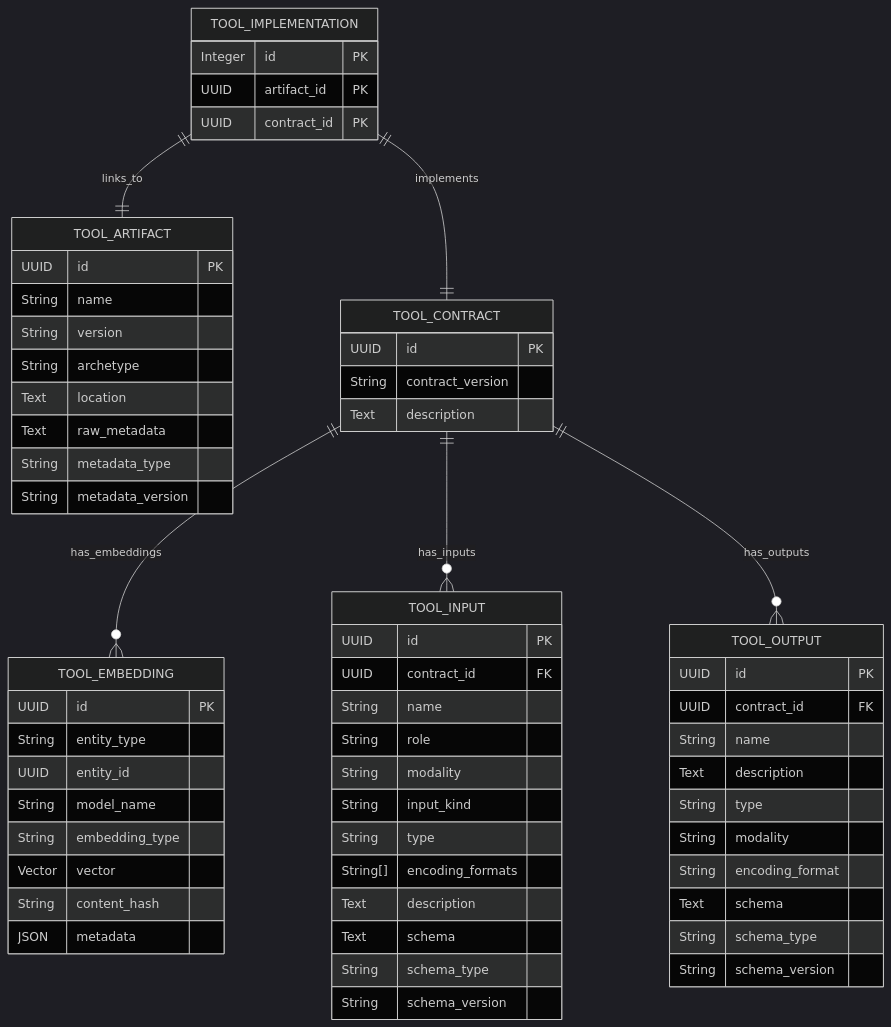
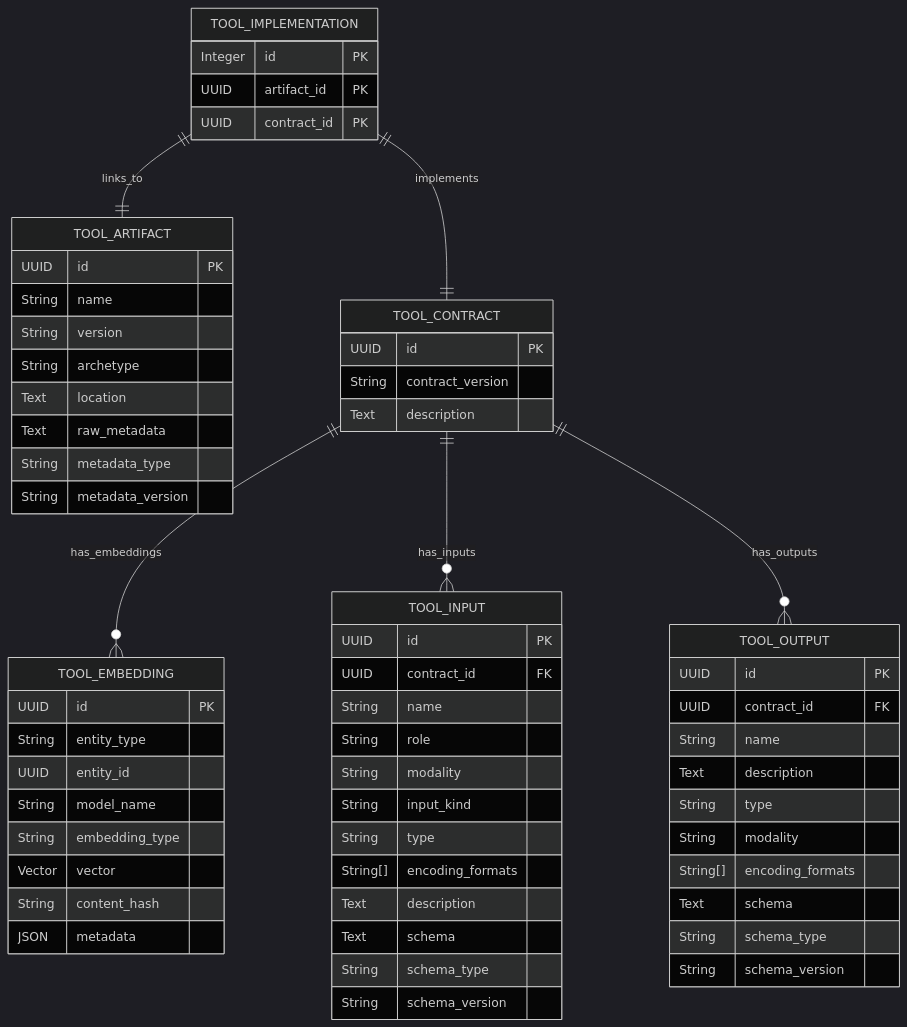
Before and after one commit to EOSC-Data-Commons/toolmeta-models: the diagram in README.md, drawn with Mermaid (dark theme).

Commit message:
Update ER diagram

````diff
--- a/README.md
+++ b/README.md
@@ -6,75 +6,75 @@
 ```mermaid
 erDiagram
     %% Root table
     TOOL_IMPLEMENTATION {
         Integer id PK
         UUID artifact_id PK
         UUID contract_id PK
     }
     
     %% Artefact table
    TOOL_ARTIFACT {
         UUID id PK
         String name
         String version
         String archetype
         Text location
         Text raw_metadata
         String metadata_type
         String metadata_version
     }
     
     %% Tool contract table
     TOOL_CONTRACT {
         UUID id PK
         String contract_version
         Text description
     }
 
     TOOL_EMBEDDING {
         UUID id PK
         String entity_type
         UUID entity_id 
         String model_name
         String embedding_type
         Vector vector
         String content_hash
         JSON metadata
     }
     
     %% Inputs and outputs
     TOOL_INPUT {
         UUID id PK
         UUID contract_id FK
         String name
         String role
         String modality
         String input_kind
         String type
         String[] encoding_formats
         Text description
         Text schema
         String schema_type
         String schema_version
     }
     
     TOOL_OUTPUT {
         UUID id PK
         UUID contract_id FK
         String name
         Text description
         String type
         String modality
-        String encoding_format
+        String[] encoding_formats
         Text schema
         String schema_type
         String schema_version
     }
     
     %% Relationships
     TOOL_IMPLEMENTATION ||--|| TOOL_ARTIFACT : links_to
     TOOL_IMPLEMENTATION ||--|| TOOL_CONTRACT : implements
     TOOL_CONTRACT ||--o{ TOOL_EMBEDDING : has_embeddings
     TOOL_CONTRACT ||--o{ TOOL_INPUT : has_inputs
     TOOL_CONTRACT ||--o{ TOOL_OUTPUT : has_outputs
 ```
````
